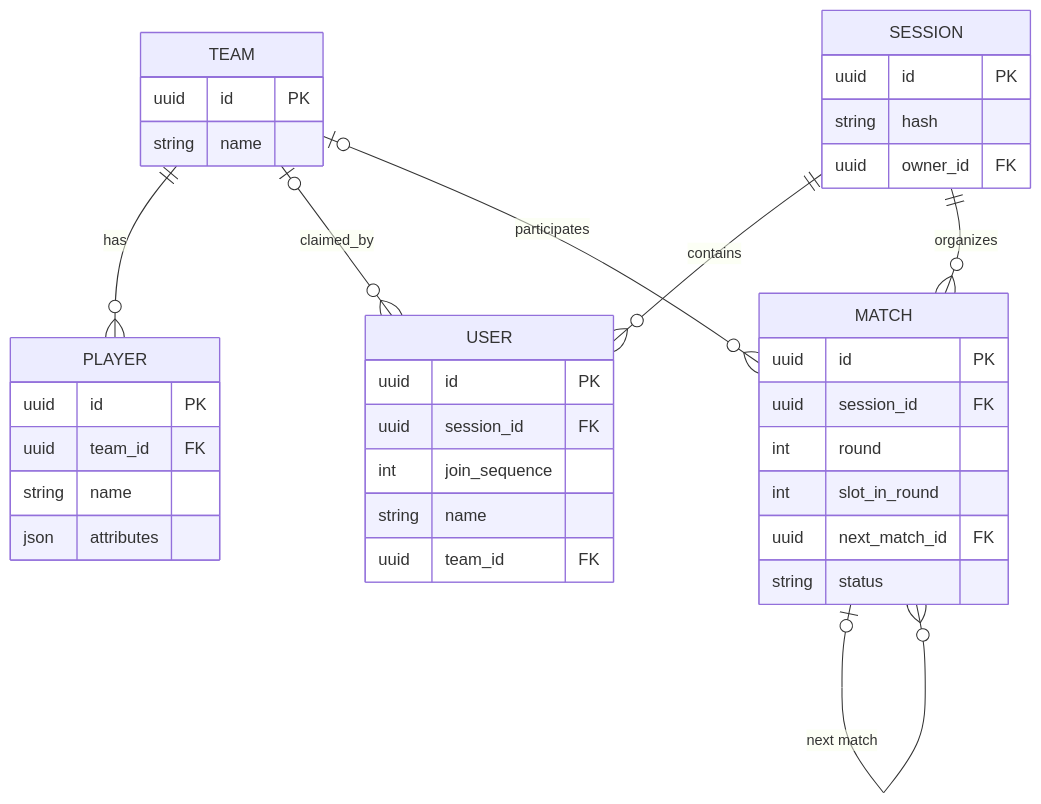
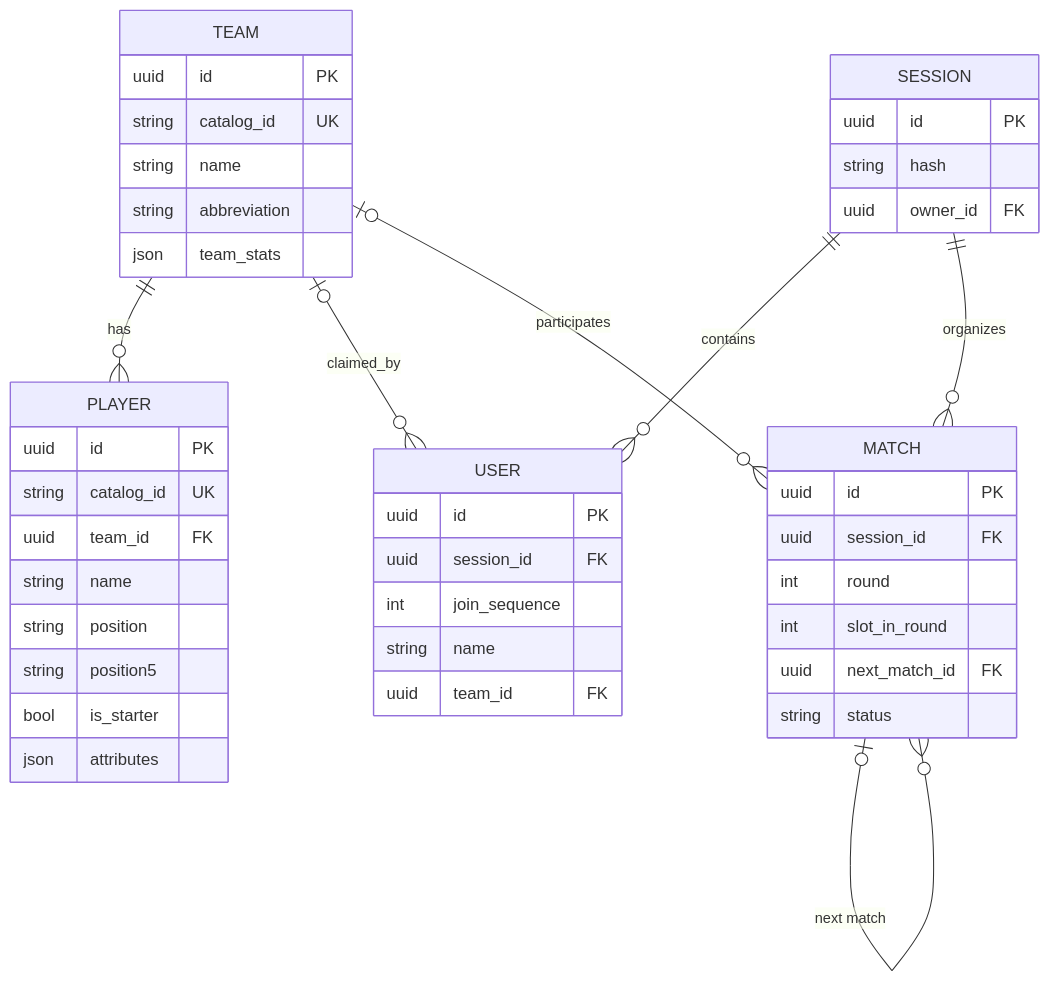
One commit to MatheuzRuf/Robo-Cestinha changed the fourth of 6 diagrams in docs/ARCHITECTURE.md. Above: the diagram before and after it, drawn with Mermaid. The commit also changed other lines of this file and 36 other files, not shown here.

````diff
--- a/docs/ARCHITECTURE.md
+++ b/docs/ARCHITECTURE.md
@@ -138,40 +144,47 @@
 ```mermaid
 erDiagram
     TEAM ||--o{ PLAYER : has
     SESSION ||--o{ USER : contains
     SESSION ||--o{ MATCH : organizes
     TEAM o|--o{ USER : claimed_by
     TEAM o|--o{ MATCH : participates
     MATCH o|--o{ MATCH : "next match"
 
     TEAM {
         uuid id PK
+        string catalog_id UK
         string name
+        string abbreviation
+        json team_stats
     }
     PLAYER {
         uuid id PK
+        string catalog_id UK
         uuid team_id FK
         string name
+        string position
+        string position5
+        bool is_starter
         json attributes
     }
     SESSION {
         uuid id PK
         string hash
         uuid owner_id FK
     }
     USER {
         uuid id PK
         uuid session_id FK
         int join_sequence
         string name
         uuid team_id FK
     }
     MATCH {
         uuid id PK
         uuid session_id FK
         int round
         int slot_in_round
         uuid next_match_id FK
         string status
     }
 ```
````
